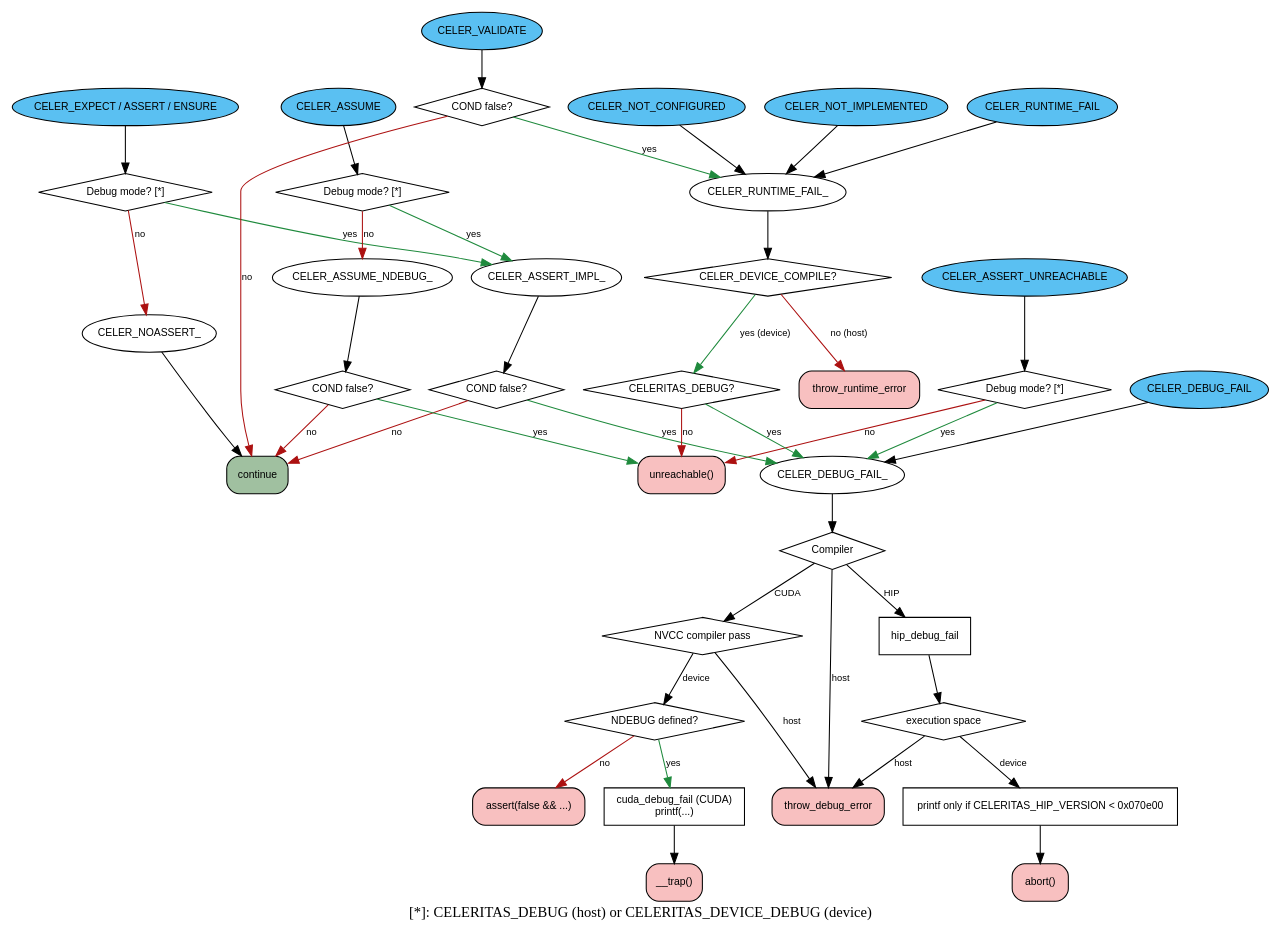
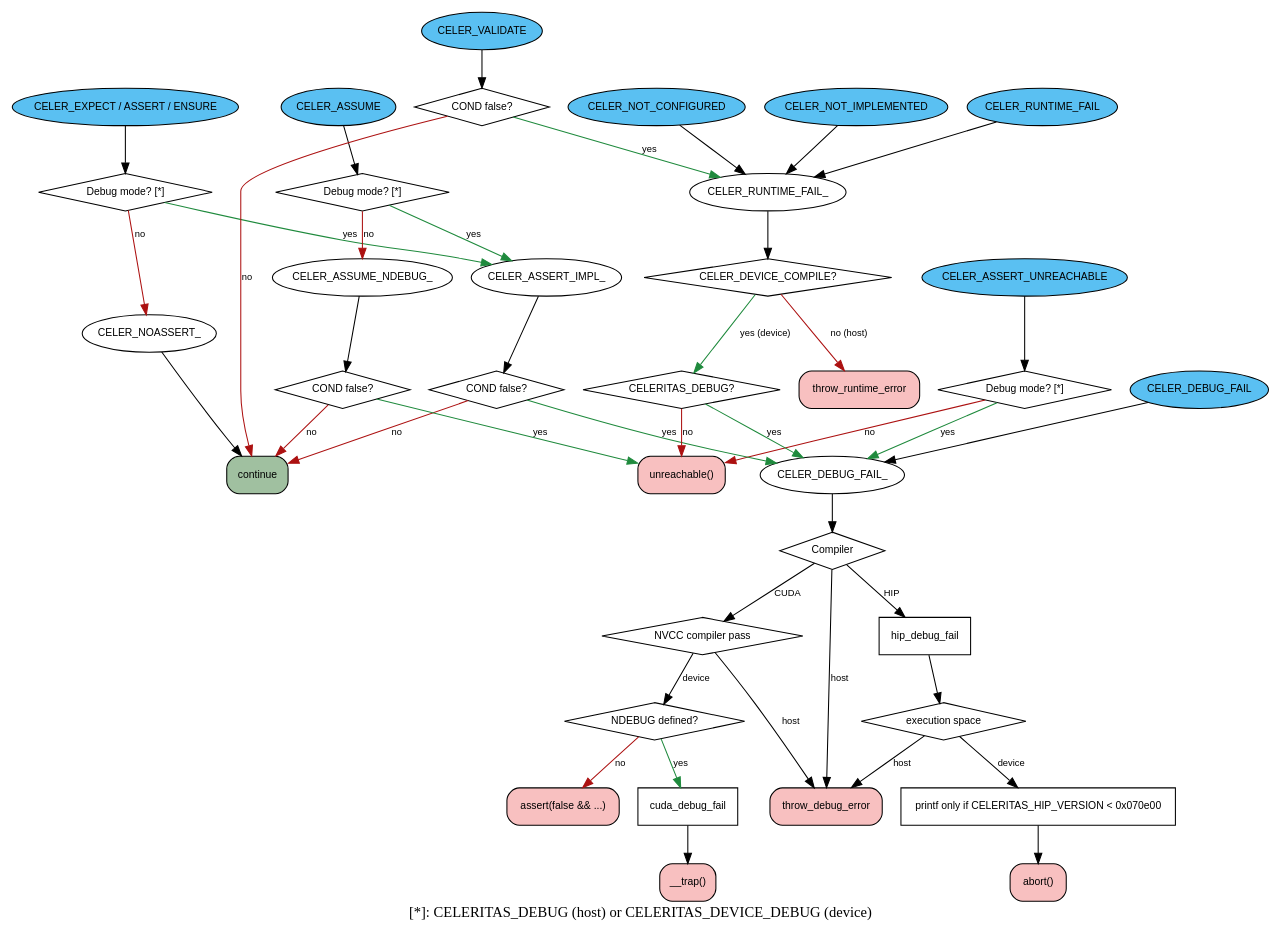
The diagram in doc/_input/assert.dot (celeritas-project/celeritas), drawn with Graphviz before and after one commit. The commit also changed 2 other files, not shown here.

```diff
--- a/doc/_input/assert.dot
+++ b/doc/_input/assert.dot
@@ -1,125 +1,125 @@
 digraph assertions {
     rankdir=TB;
     labelloc=b;
     label="[*]: CELERITAS_DEBUG (host) or CELERITAS_DEVICE_DEBUG (device)";
     node [shape=box, fontname="Helvetica", fontsize=10];
     edge [fontname="Helvetica", fontsize=9];
 
     // ---------------- Public API macros ----------------
     subgraph {
         node [shape=oval, style="rounded,filled", fillcolor="#5ac0f2"];
         // label="Public macros"; style=dashed;
         ASSERT   [label="CELER_EXPECT / ASSERT / ENSURE"];
         ASSUME   [label="CELER_ASSUME"];
         AUNREACH [label="CELER_ASSERT_UNREACHABLE"];
         DFAIL    [label="CELER_DEBUG_FAIL"];
         VALIDATE [label="CELER_VALIDATE"];
         NOTCONF  [label="CELER_NOT_CONFIGURED"];
         NOTIMPL  [label="CELER_NOT_IMPLEMENTED"];
         RFAIL    [label="CELER_RUNTIME_FAIL"];
     }
 
     // ---------------- Terminal nodes ----------------
     subgraph {
         node [shape=box, style="rounded,filled", fillcolor="#f8c0c0"];
         THROW_DBG [label="throw_debug_error"];
         THROW_RT  [label="throw_runtime_error"];
         ASSERT_STOP [label="assert(false && ...)"];
         TRAP  [label="__trap()"];
         ABORT [label="abort()"];
         UNREACH_FN [label="unreachable()"];
         CONTINUE [label="continue", fillcolor="#a0c0a0"];
     }
 
 
     // ---------------- Internal macros ----------------
     subgraph {
         node [shape=oval, style="rounded"];
         IMPL [label="CELER_ASSERT_IMPL_"];
         NOASSERT_ [label="CELER_NOASSERT_"];
         ASSUME_NDEBUG [label="CELER_ASSUME_NDEBUG_"];
         DFAIL_ [label="CELER_DEBUG_FAIL_"];
         RFAIL_ [label="CELER_RUNTIME_FAIL_"];
     }
 
 
     // ---------------- Debug-enabled switch ----------------
     ASSERT_DBG [label="Debug mode? [*]", shape=diamond];
     ASSUME_DBG [label="Debug mode? [*]", shape=diamond];
     AUNREACH_DBG [label="Debug mode? [*]", shape=diamond];
 
     IMPL_COND [label="COND false?", shape=diamond];
     IMPL_COND [label="COND false?", shape=diamond];
     ASSUME_COND [label="COND false?", shape=diamond];
 
     ASSERT -> ASSERT_DBG;
     ASSUME -> ASSUME_DBG;
     AUNREACH -> AUNREACH_DBG;
 
     ASSERT_DBG -> NOASSERT_ [color="#ac1111", label="no"];
     ASSERT_DBG -> IMPL [color="#1f8a3d", label="yes"];
     ASSUME_DBG -> ASSUME_NDEBUG [color="#ac1111", label="no"];
     ASSUME_DBG -> IMPL [color="#1f8a3d", label="yes"];
     AUNREACH_DBG -> UNREACH_FN [color="#ac1111", label="no"];
     AUNREACH_DBG -> DFAIL_ [color="#1f8a3d", label="yes"];
 
     IMPL -> IMPL_COND;
     IMPL_COND -> DFAIL_ [color="#1f8a3d", label="yes"];
     IMPL_COND -> CONTINUE [color="#ac1111", label="no"];
     ASSUME_NDEBUG -> ASSUME_COND;
     ASSUME_COND -> UNREACH_FN [color="#1f8a3d", label="yes"];
     ASSUME_COND -> CONTINUE [color="#ac1111", label="no"];
 
     NOASSERT_ -> CONTINUE
 
     // ---------------- Debug failure dispatch ----------------
-    CUDA_DF [label="cuda_debug_fail (CUDA)\nprintf(...)"];
+    CUDA_DF [label="cuda_debug_fail"];
     HIP_DF [label="hip_debug_fail"];
     HIP_DEV [label="printf only if CELERITAS_HIP_VERSION < 0x070e00"];
 
     PLAT [label="Compiler", shape=diamond];
     NVCC_PASS [label="NVCC compiler pass", shape=diamond];
     CUDA_NDBG [label="NDEBUG defined?", shape=diamond];
     HIP_COMP [label="execution space", shape=diamond];
 
     DFAIL -> DFAIL_;
     // DFAIL_ -> UNREACH_FN [label="(CELER_DEBUG_FAIL only)\nif it returns", style=dotted];
 
     DFAIL_ -> PLAT;
 
     PLAT -> NVCC_PASS [label="CUDA"];
     PLAT -> THROW_DBG [label="host"];
     PLAT -> HIP_DF  [label="HIP"];
 
     NVCC_PASS -> CUDA_NDBG [label="device"];
     NVCC_PASS -> THROW_DBG [label="host"];
 
     CUDA_NDBG -> ASSERT_STOP [color="#ac1111", label="no"];
     CUDA_NDBG -> CUDA_DF [color="#1f8a3d", label="yes"];
 
     CUDA_DF -> TRAP;
 
     HIP_DF -> HIP_COMP
     HIP_COMP -> THROW_DBG [label="host"];
     HIP_COMP -> HIP_DEV  [label="device"];
     HIP_DEV -> ABORT;
 
     // ---------------- Runtime failure dispatch ----------------
     RDEV [label="CELER_DEVICE_COMPILE?", shape=diamond];
     RDEV_DBG [label="CELERITAS_DEBUG?", shape=diamond];
     VAL_COND [label="COND false?", shape=diamond];
 
     VALIDATE -> VAL_COND
     VAL_COND -> RFAIL_ [color="#1f8a3d", label="yes"];
     VAL_COND -> CONTINUE [color="#ac1111", label="no"];
 
     NOTCONF -> RFAIL_;
     NOTIMPL -> RFAIL_;
     RFAIL -> RFAIL_;
 
     RFAIL_ -> RDEV;
     RDEV -> THROW_RT [color="#ac1111", label="no (host)"];
     RDEV -> RDEV_DBG [color="#1f8a3d", label="yes (device)"];
     RDEV_DBG -> DFAIL_ [color="#1f8a3d", label="yes"];
     RDEV_DBG -> UNREACH_FN [color="#ac1111", label="no"];
 }
```
